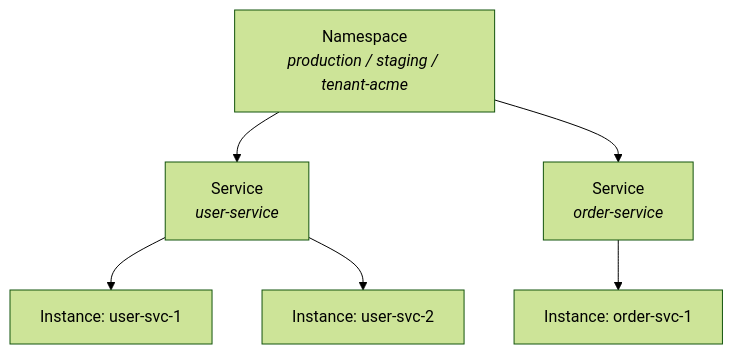
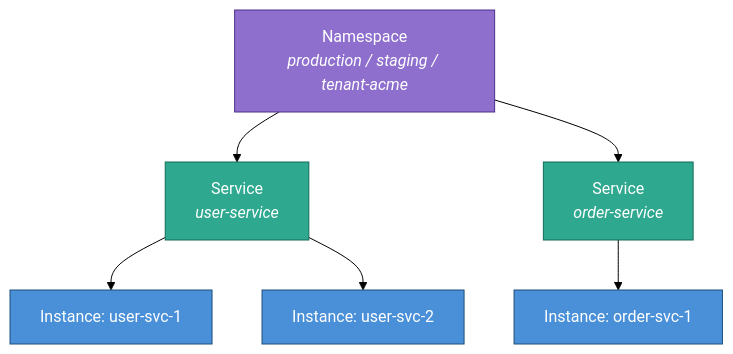
Before and after one commit to Pratyush576/CodingPractice: the third of 10 diagrams in lib/src/main/java/org/pk/practices/design/servicediscovery/DESIGN.md, drawn with Mermaid (forest theme). The commit also changed other lines of this file and 5 other files, not shown here.

Commit message:
Enhanced the diagrams

````diff
--- a/lib/src/main/java/org/pk/practices/design/servicediscovery/DESIGN.md
+++ b/lib/src/main/java/org/pk/practices/design/servicediscovery/DESIGN.md
@@ -133,15 +149,22 @@
 ```mermaid
 graph TD
     NS["Namespace<br/><i>production / staging / tenant-acme</i>"]
     S1["Service<br/><i>user-service</i>"]
     S2["Service<br/><i>order-service</i>"]
     I1["Instance: user-svc-1"]
     I2["Instance: user-svc-2"]
     I3["Instance: order-svc-1"]
 
     NS --> S1
     NS --> S2
     S1 --> I1
     S1 --> I2
     S2 --> I3
+
+    classDef namespace fill:#8e6fce,stroke:#4d2e8a,color:#ffffff
+    classDef service fill:#2ea88f,stroke:#146b58,color:#ffffff
+    classDef instance fill:#4a90d9,stroke:#1c4e78,color:#ffffff
+    class NS namespace
+    class S1,S2 service
+    class I1,I2,I3 instance
 ```
````
